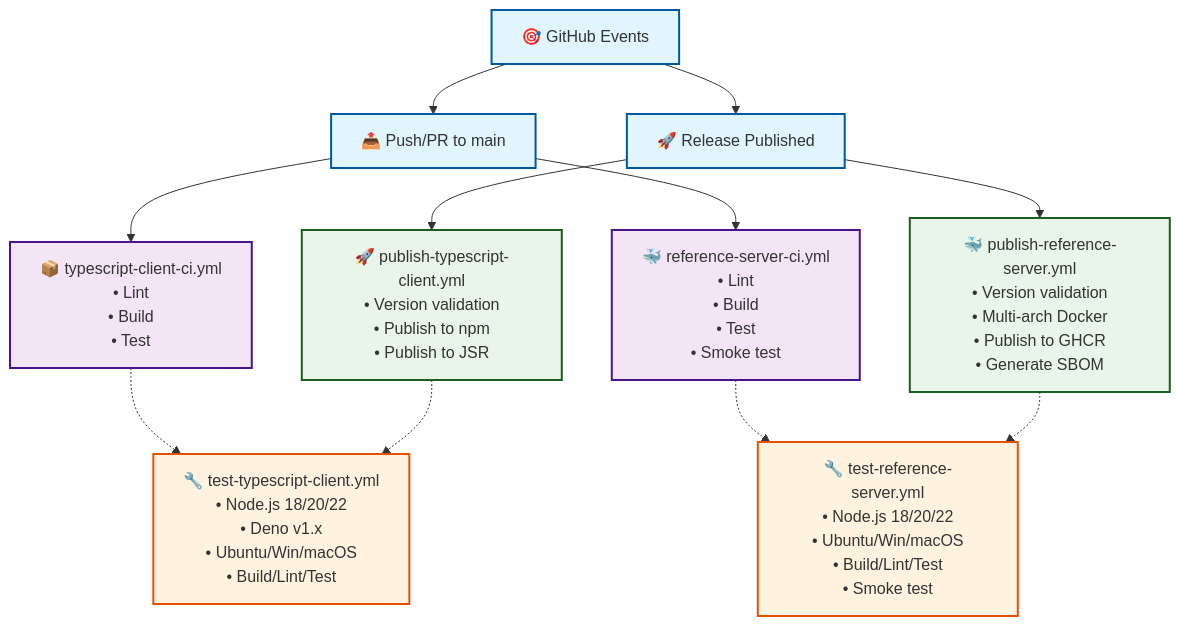
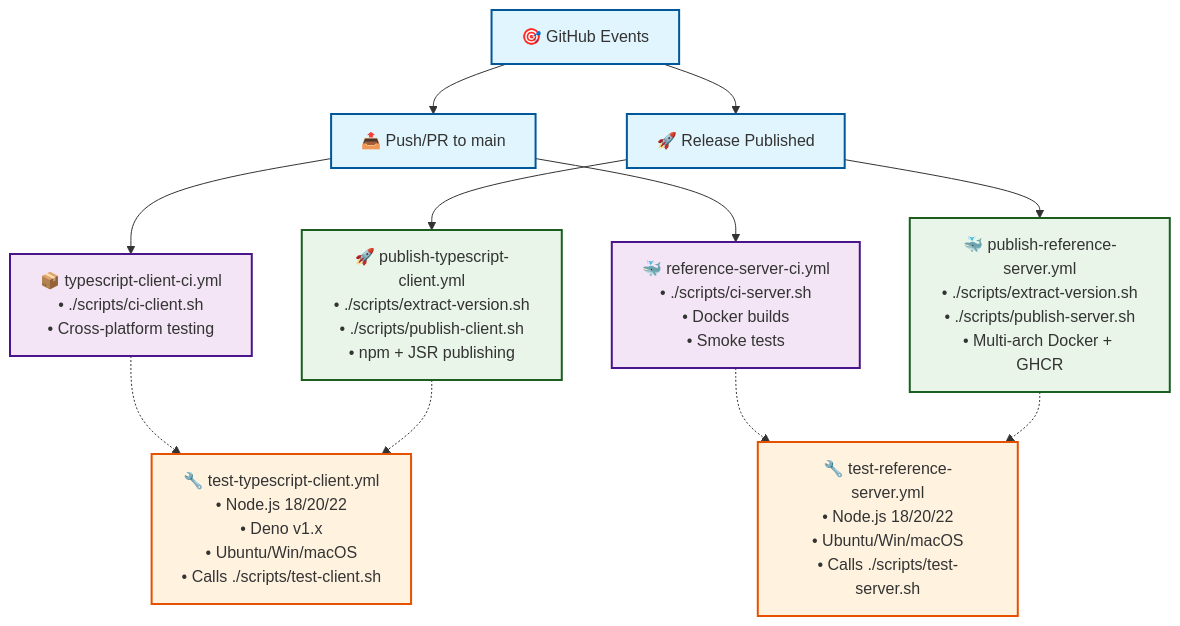
The diagram in .github/ARCHITECTURE.md (zesty-genius128/ozwellai-api), drawn with Mermaid before and after one commit. The commit also changed other lines of this file and 4 other files, not shown here.

Commit message:
feat: implement script-first architecture for TypeScript client CI and publishing

````diff
--- a/.github/ARCHITECTURE.md
+++ b/.github/ARCHITECTURE.md
@@ -5,44 +5,44 @@
 ```mermaid
 graph TB
     Events["🎯 GitHub Events"]
     PushPR["📤 Push/PR to main"]
     Release["🚀 Release Published"]
     
     Events --> PushPR
     Events --> Release
     
     %% CI Workflows (triggered by Push/PR)
-    TSClientCI["📦 typescript-client-ci.yml<br/>• Lint<br/>• Build<br/>• Test"]
-    RefServerCI["🐳 reference-server-ci.yml<br/>• Lint<br/>• Build<br/>• Test<br/>• Smoke test"]
+    TSClientCI["📦 typescript-client-ci.yml<br/>• ./scripts/ci-client.sh<br/>• Cross-platform testing"]
+    RefServerCI["🐳 reference-server-ci.yml<br/>• ./scripts/ci-server.sh<br/>• Docker builds<br/>• Smoke tests"]
     
     PushPR --> TSClientCI
     PushPR --> RefServerCI
     
     %% Publish Workflows (triggered by Release)
-    TSClientPub["🚀 publish-typescript-client.yml<br/>• Version validation<br/>• Publish to npm<br/>• Publish to JSR"]
-    RefServerPub["🐳 publish-reference-server.yml<br/>• Version validation<br/>• Multi-arch Docker<br/>• Publish to GHCR<br/>• Generate SBOM"]
+    TSClientPub["🚀 publish-typescript-client.yml<br/>• ./scripts/extract-version.sh<br/>• ./scripts/publish-client.sh<br/>• npm + JSR publishing"]
+    RefServerPub["🐳 publish-reference-server.yml<br/>• ./scripts/extract-version.sh<br/>• ./scripts/publish-server.sh<br/>• Multi-arch Docker + GHCR"]
     
     Release --> TSClientPub
     Release --> RefServerPub
     
     %% Reusable Test Workflows
-    TSClientTest["🔧 test-typescript-client.yml<br/>• Node.js 18/20/22<br/>• Deno v1.x<br/>• Ubuntu/Win/macOS<br/>• Build/Lint/Test"]
-    RefServerTest["🔧 test-reference-server.yml<br/>• Node.js 18/20/22<br/>• Ubuntu/Win/macOS<br/>• Build/Lint/Test<br/>• Smoke test"]
+    TSClientTest["🔧 test-typescript-client.yml<br/>• Node.js 18/20/22<br/>• Deno v1.x<br/>• Ubuntu/Win/macOS<br/>• Calls ./scripts/test-client.sh"]
+    RefServerTest["🔧 test-reference-server.yml<br/>• Node.js 18/20/22<br/>• Ubuntu/Win/macOS<br/>• Calls ./scripts/test-server.sh"]
     
     %% Reusable workflow usage
     TSClientCI -.-> TSClientTest
     TSClientPub -.-> TSClientTest
     RefServerCI -.-> RefServerTest
     RefServerPub -.-> RefServerTest
     
     %% Styling
     classDef eventNode fill:#e1f5fe,stroke:#01579b,stroke-width:2px
     classDef ciNode fill:#f3e5f5,stroke:#4a148c,stroke-width:2px
     classDef publishNode fill:#e8f5e8,stroke:#1b5e20,stroke-width:2px
     classDef reusableNode fill:#fff3e0,stroke:#e65100,stroke-width:2px
     
     class Events,PushPR,Release eventNode
     class TSClientCI,RefServerCI ciNode
     class TSClientPub,RefServerPub publishNode
     class TSClientTest,RefServerTest reusableNode
 ```
````
